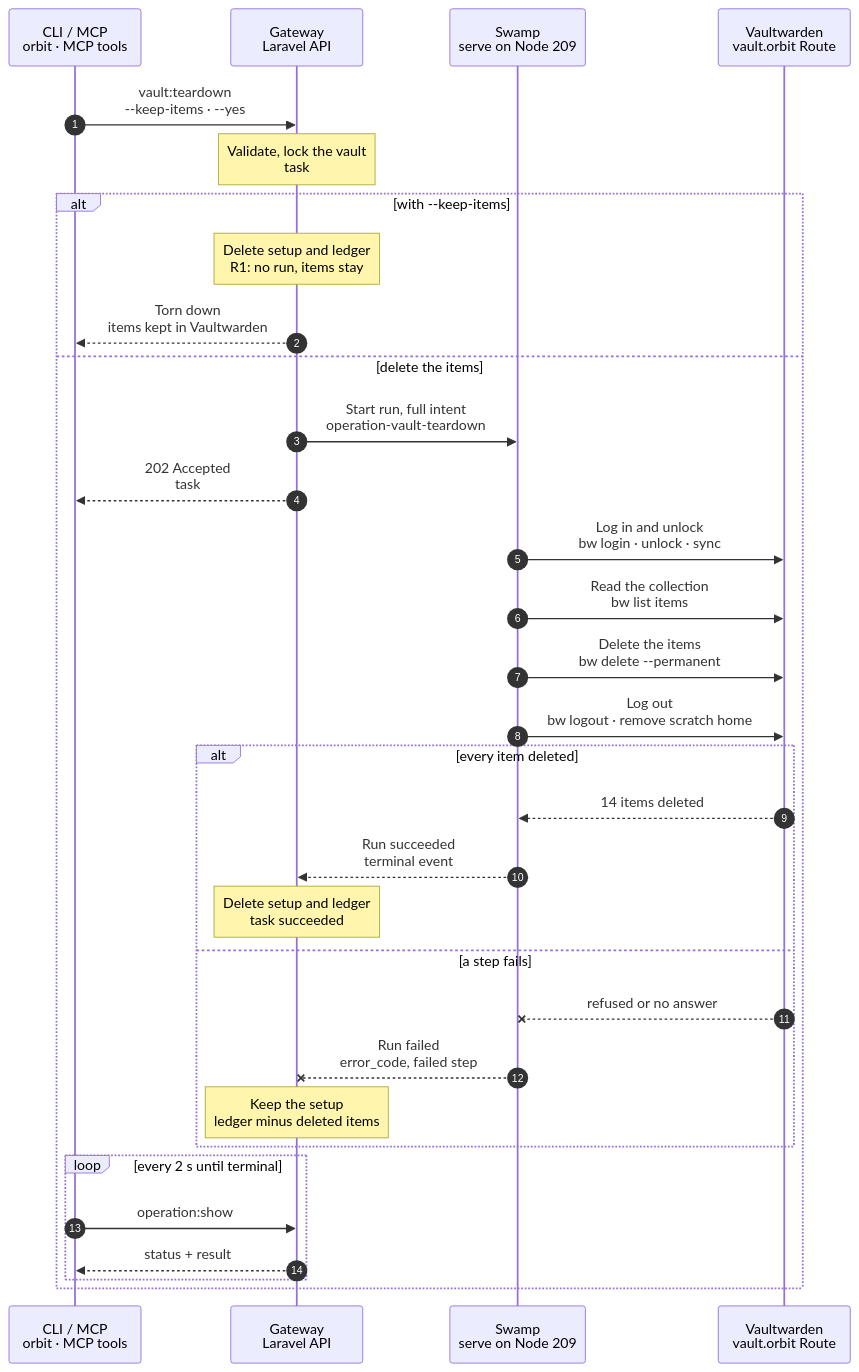
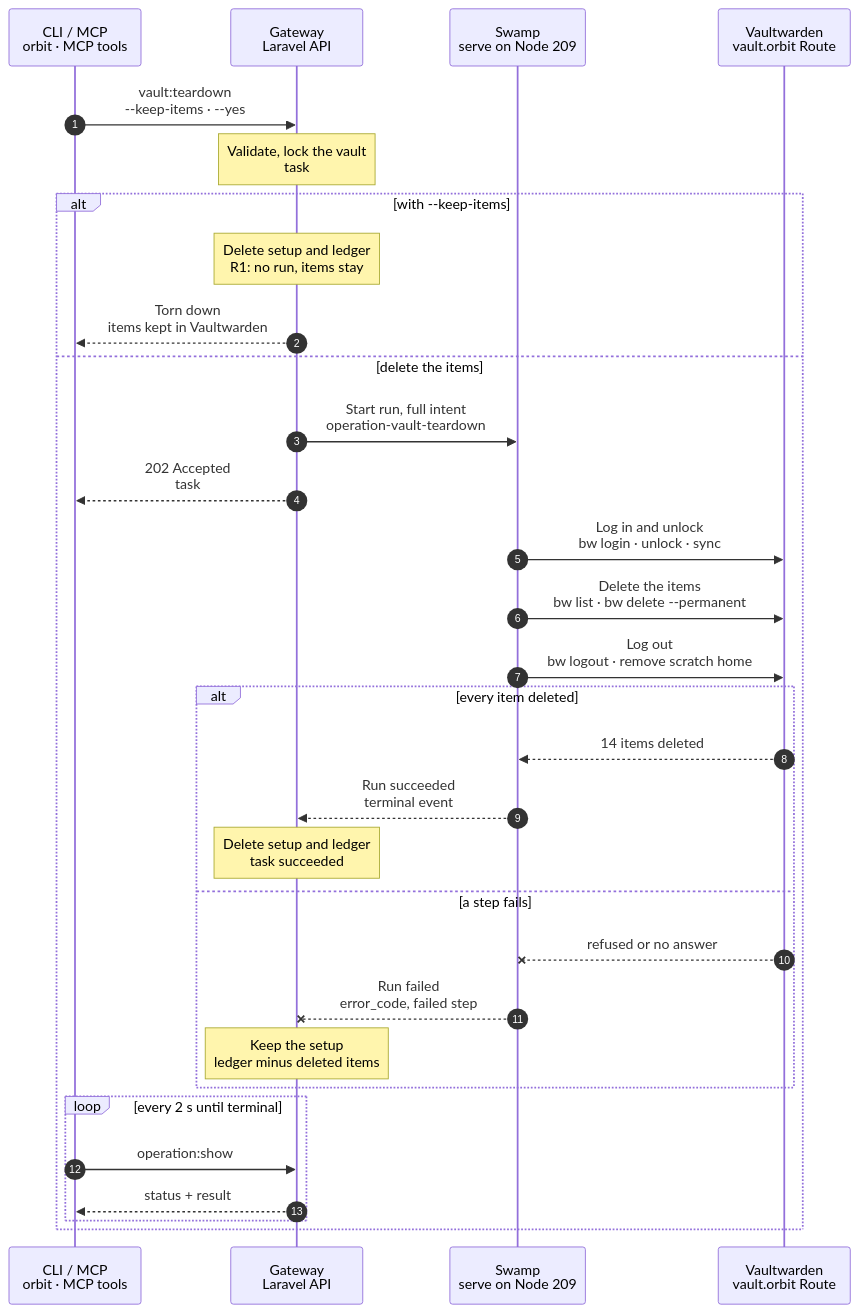
One commit to hardimpactdev/orbit changed the diagram in docs/cli/vault/teardown.mmd. Above: the diagram before and after it, drawn with Mermaid.

Commit message:
docs(cli): tighten vault.teardown chart

```diff
--- a/docs/cli/vault/teardown.mmd
+++ b/docs/cli/vault/teardown.mmd
@@ -1,95 +1,93 @@
 sequenceDiagram
   %% Target design: ADR 0244 task, DECISIONS R1 (--keep-items is record-only), R2-R4, swamp-vault-design. Same shape as tool.remove. docs/reference/vaultwarden.md.
+  %% Tightened: flow-tighten 2026-11-02, rule 16 (the collection read only picks the items, so it folds into the delete step).
   %% status: draft
   %% command: vault:teardown
   %% kind: vault.teardown
   autonumber
   %% lane CLI icon=terminal pill=caller tone=gray
   %% lane GW icon=gateway pill=intent tone=blue
   %% lane SW icon=workflow pill=executes tone=green
   %% lane VW icon=server pill=target tone=purple
   participant CLI as CLI / MCP<br/>orbit · MCP tools
   participant GW as Gateway<br/>Laravel API
   participant SW as Swamp<br/>serve on Node 209
   participant VW as Vaultwarden<br/>vault.orbit Route
   CLI->>GW: vault:teardown<br/>--keep-items · --yes
   %%> Command:
   %%> - `orbit vault:teardown --yes`
   %%> - syntax: `[--keep-items] [--yes] [--idempotency-key=KEY] [--json]`
   %%> Confirmation:
   %%> - in a terminal the CLI asks a default-No question; without a terminal, or with `--json`, `--yes` is required
   Note over GW: Validate, lock the vault<br/>task #5169 · 14 items
   %%> Requirements:
   %%> - the `vault` extension is on and Vaultwarden is set up, else `vault.not_configured`
   %%> - no other setup, sync or teardown runs, else `vault.sync_busy`
   %%> Decides:
   %%> - whether the published items must leave Vaultwarden, or only the setup goes
   alt with --keep-items
     Note over GW: Delete setup and ledger<br/>R1: no run, items stay
     %%> Result:
     %%> - the stored account, organization, collection and publishing ledger are deleted
     %%> - the items stay in Vaultwarden; a later setup on the same collection can adopt them
     %%> - no Swamp run starts (R1); Vaultwarden is not contacted
     GW-->>CLI: Torn down<br/>items kept in Vaultwarden
     %%> What you get:
     %%> - the final result at once; there is nothing to follow
   else delete the items
     GW->>SW: Start run, full intent<br/>operation-vault-teardown
     %%> What it does:
     %%> - pushes the account secrets to the Swamp vault as `vault-teardown-5169` after commit (R3), then starts one Swamp run on serve (Node 209)
     %%> Inputs:
     %%> - the setup and the ledger of published item IDs and sources, and the vault key names
     GW-->>CLI: 202 Accepted<br/>task #5169
     %%> What you get:
     %%> - the task number, at once
     %%> Next:
     %%> - the CLI follows the task with `operation:show`
     SW->>VW: Log in and unlock<br/>bw login · unlock · sync
     %%> How:
     %%> - the official Bitwarden CLI on 209, in a scratch home, trusting only the Orbit root CA
-    SW->>VW: Read the collection<br/>bw list items
+    SW->>VW: Delete the items<br/>bw list · bw delete --permanent
     %%> What it does:
-    %%> - finds the items whose ID and decrypted `orbit.source` still match the ledger
+    %%> - lists the collection, picks the items whose ID and decrypted `orbit.source` still match the ledger, and deletes each permanently
     %%> Refuses:
     %%> - before any deletion, when a matching item also belongs to another visible collection: `vault.item_shared`
-    SW->>VW: Delete the items<br/>bw delete --permanent
-    %%> What it does:
-    %%> - deletes each matching item permanently, one per step
     %%> Leaves:
     %%> - unrecorded copies and items whose source differs from the ledger
     SW->>VW: Log out<br/>bw logout · remove scratch home
     %%> What it does:
     %%> - logs out and deletes the scratch home, on success and on failure
     alt every item deleted
       VW-->>SW: 14 items deleted
       %%> Returns:
       %%> - the deleted item IDs
       SW-->>GW: Run succeeded<br/>terminal event
       %%> How the Gateway learns it:
       %%> - its shared run reader sees the terminal event; Swamp never calls the Gateway
       Note over GW: Delete setup and ledger<br/>task succeeded
       %%> Result:
       %%> - the stored account, organization, collection and publishing ledger are deleted
       %%> - task #5169 succeeds
     else a step fails
       VW--xSW: refused or no answer
       %%> When:
       %%> - login fails, Vaultwarden is down, an item is shared, or a delete fails
       SW--xGW: Run failed<br/>error_code, failed step
       %%> The Gateway reads:
       %%> - which step failed and its safe error code
       Note over GW: Keep the setup<br/>ledger minus deleted items
       %%> Result:
       %%> - the setup stays; the ledger drops only the items that were deleted; task #5169 fails
       %%> Retry:
       %%> - safe: run the same command again; it deletes only what is still there
     end
     loop every 2 s until terminal
       CLI->>GW: operation:show #5169
       %%> What it does:
       %%> - asks for the task's status every 2 seconds until it has ended
       GW-->>CLI: status + result
       %%> Returns:
       %%> - the current status, and the result once the task has ended
     end
   end
```
